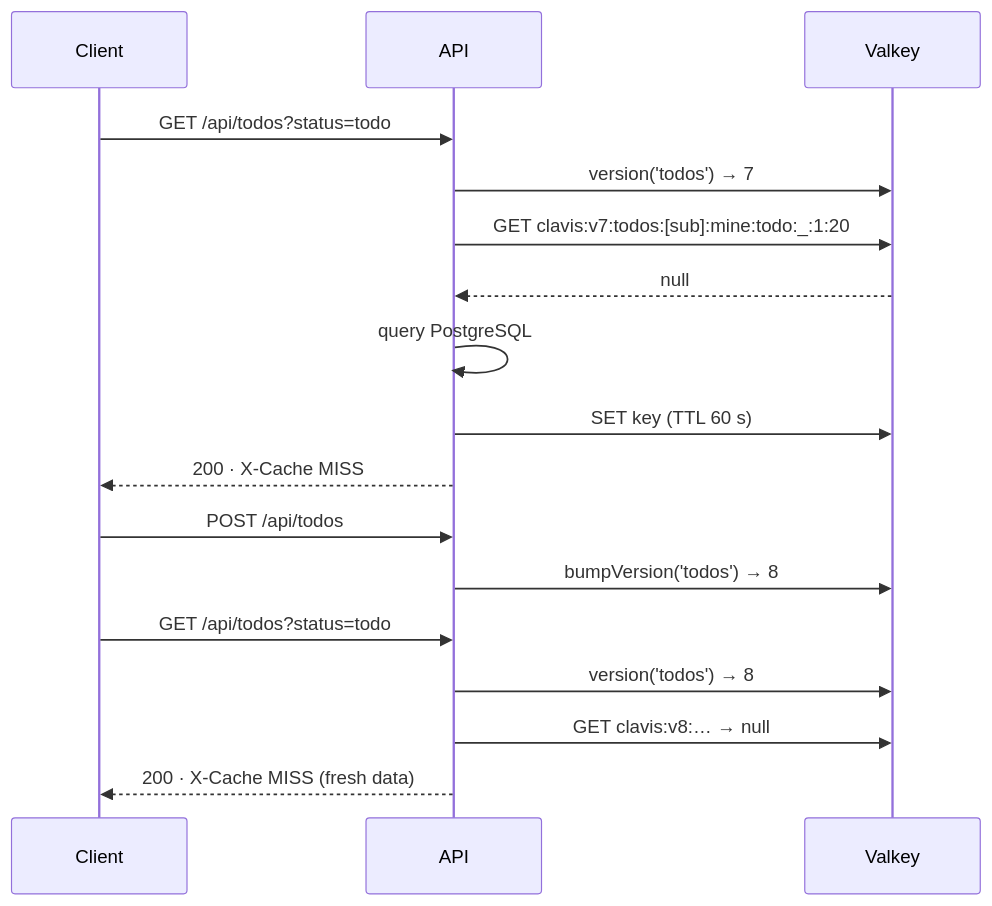
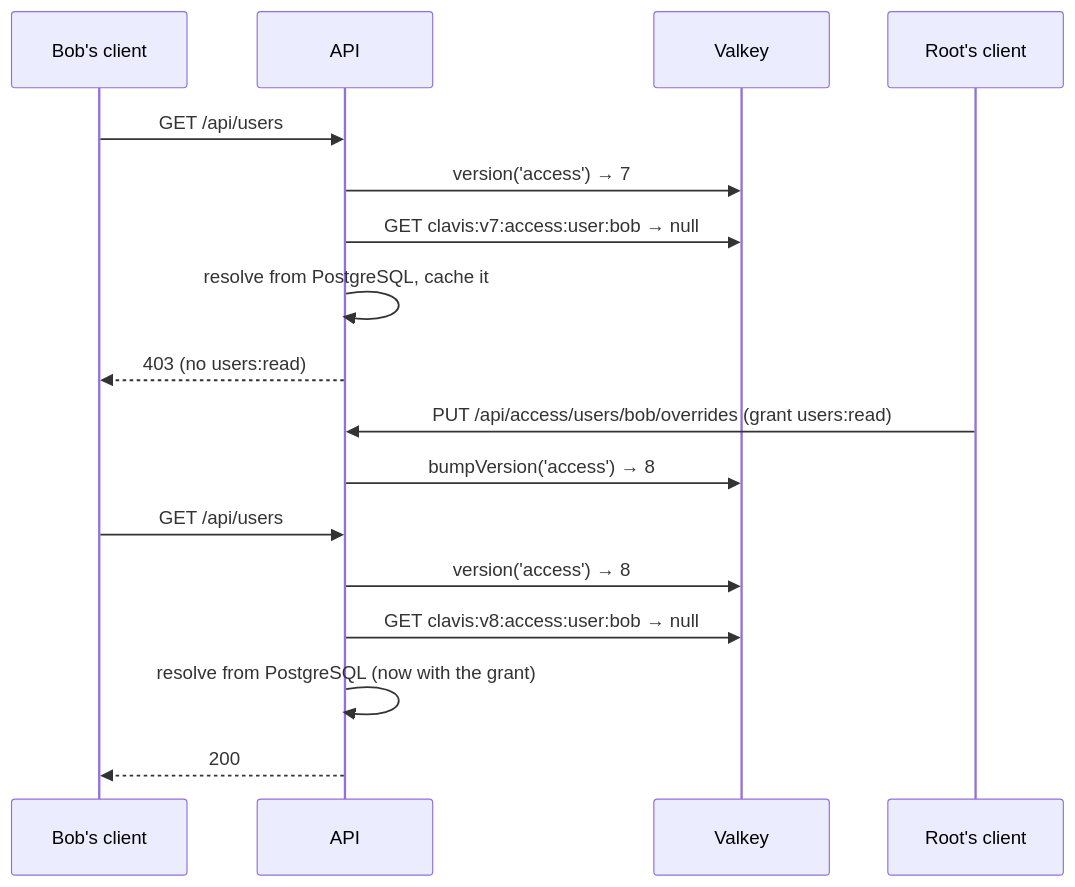
Before and after one commit to mapineda48/clavis: the third of 6 diagrams in docs/architecture.md, drawn with Mermaid. The commit also changed other lines of this file and 4 other files, not shown here.

````diff
--- a/docs/architecture.md
+++ b/docs/architecture.md
@@ -289,22 +370,22 @@
 ```mermaid
 sequenceDiagram
-    participant C as Client
+    participant B as Bob's client
     participant A as API
     participant V as Valkey
+    participant R as Root's client
 
-    C->>A: GET /api/todos?status=todo
-    A->>V: version('todos') → 7
-    A->>V: GET clavis:v7:todos:[sub]:mine:todo:_:1:20
-    V-->>A: null
-    A->>A: query PostgreSQL
-    A->>V: SET key (TTL 60 s)
-    A-->>C: 200 · X-Cache MISS
+    B->>A: GET /api/users
+    A->>V: version('access') → 7
+    A->>V: GET clavis:v7:access:user:bob → null
+    A->>A: resolve from PostgreSQL, cache it
+    A-->>B: 403 (no users:read)
 
-    C->>A: POST /api/todos
-    A->>V: bumpVersion('todos') → 8
+    R->>A: PUT /api/access/users/bob/overrides  (grant users:read)
+    A->>V: bumpVersion('access') → 8
 
-    C->>A: GET /api/todos?status=todo
-    A->>V: version('todos') → 8
-    A->>V: GET clavis:v8:… → null
-    A-->>C: 200 · X-Cache MISS (fresh data)
+    B->>A: GET /api/users
+    A->>V: version('access') → 8
+    A->>V: GET clavis:v8:access:user:bob → null
+    A->>A: resolve from PostgreSQL (now with the grant)
+    A-->>B: 200
 ```
````
